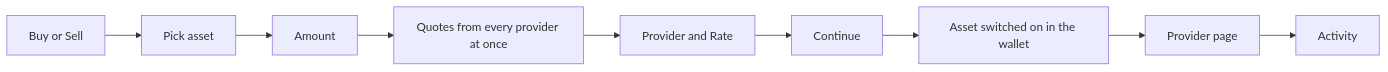
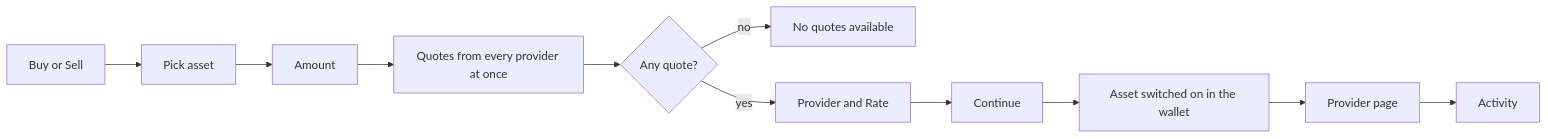
The diagram in docs/product/fiat.md (gemwalletcom/wallet), drawn with Mermaid before and after one commit. The commit also changed 10 other files, not shown here.

Commit message:
Extend the product diagrams with the decline, reject and failure branches

````diff
--- a/docs/product/fiat.md
+++ b/docs/product/fiat.md
@@ -5,4 +5,6 @@
 ```mermaid
 flowchart LR
-    A[Buy or Sell] --> B[Pick asset] --> C[Amount] --> D[Quotes from every provider at once] --> E[Provider and Rate] --> F[Continue] --> G[Asset switched on in the wallet] --> H[Provider page] --> I[Activity]
+    A[Buy or Sell] --> B[Pick asset] --> C[Amount] --> D[Quotes from every provider at once] --> E{Any quote?}
+    E -- no --> F[No quotes available]
+    E -- yes --> G[Provider and Rate] --> H[Continue] --> I[Asset switched on in the wallet] --> J[Provider page] --> K[Activity]
 ```
````
